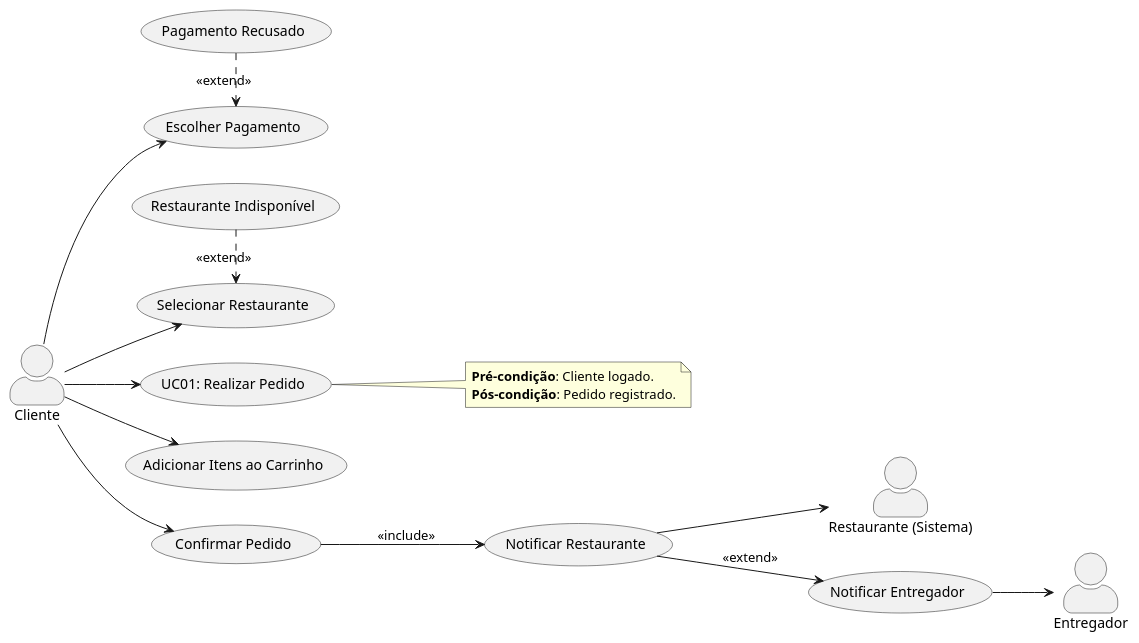
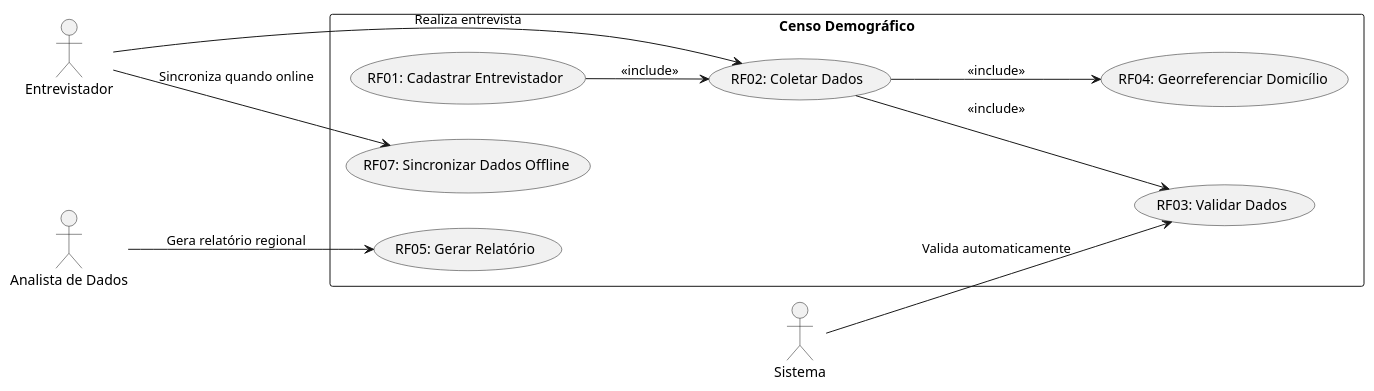
The first of 3 diagrams in docs/_Disciplina/Roteiros/06_LevantamentoRequisitos.md (jonh-carvalho/PBE_25.1_8001), drawn with PlantUML before and after one commit. The commit also changed other lines of this file, not shown here.

````diff
--- a/docs/_Disciplina/Roteiros/06_LevantamentoRequisitos.md
+++ b/docs/_Disciplina/Roteiros/06_LevantamentoRequisitos.md
@@ -70,42 +118,29 @@
 ```plantuml
-@startuml FastDelivery_CasosDeUso
+@startuml CensoDemografico_CasosDeUso
 
 left to right direction
-skinparam actorStyle awesome
+skinparam packageStyle rectangle
+actor "Entrevistador" as entrevistador
+actor "Analista de Dados" as analista
+actor "Sistema" as sistema
 
-actor Cliente
-actor Restaurante as "Restaurante (Sistema)"
-actor Entregador
+rectangle "Censo Demográfico" {
+  usecase "RF01: Cadastrar Entrevistador" as UC01
+  usecase "RF02: Coletar Dados" as UC02
+  usecase "RF03: Validar Dados" as UC03
+  usecase "RF04: Georreferenciar Domicílio" as UC04
+  usecase "RF05: Gerar Relatório" as UC05
+  usecase "RF07: Sincronizar Dados Offline" as UC07
 
-usecase (UC01: Realizar Pedido) as UC01
-usecase (Selecionar Restaurante) as UC01_1
-usecase (Adicionar Itens ao Carrinho) as UC01_2
-usecase (Escolher Pagamento) as UC01_3
-usecase (Confirmar Pedido) as UC01_4
+  UC01 --> UC02 : <<include>>
+  UC02 --> UC03 : <<include>>
+  UC02 --> UC04 : <<include>>
+}
 
-usecase (Notificar Restaurante) as UC02
-usecase (Notificar Entregador) as UC03
-usecase (Pagamento Recusado) as FA1
-usecase (Restaurante Indisponível) as FA2
-
-Cliente --> UC01
-Cliente --> UC01_1
-Cliente --> UC01_2
-Cliente --> UC01_3
-Cliente --> UC01_4
-
-UC01_4 --> UC02 : <<include>>
-UC02 --> Restaurante
-UC02 --> UC03 : <<extend>>
-UC03 --> Entregador
-
-FA1 .> UC01_3 : <<extend>>
-FA2 .> UC01_1 : <<extend>>
-
-note right of UC01
-  **Pré-condição**: Cliente logado.
-  **Pós-condição**: Pedido registrado.
-end note
+entrevistador --> UC02 : "Realiza entrevista"
+entrevistador --> UC07 : "Sincroniza quando online"
+analista --> UC05 : "Gera relatório regional"
+sistema --> UC03 : "Valida automaticamente"
 
 @enduml
 ```
````
